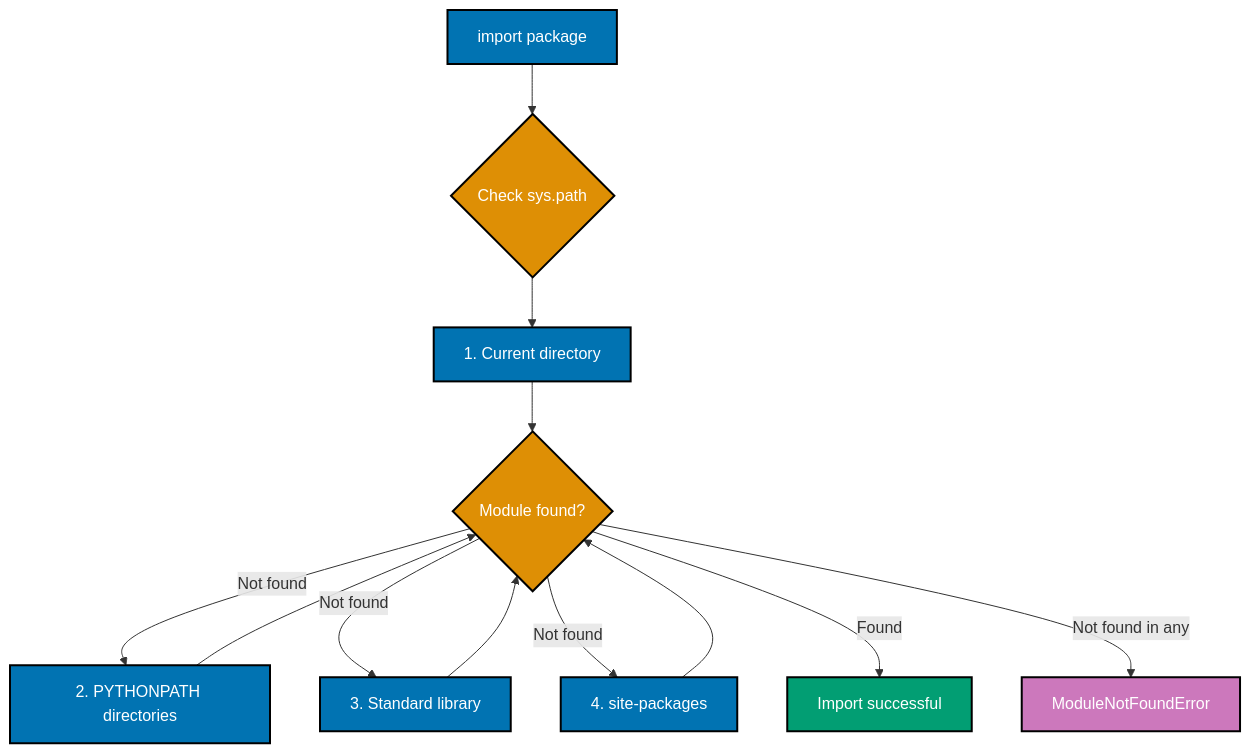
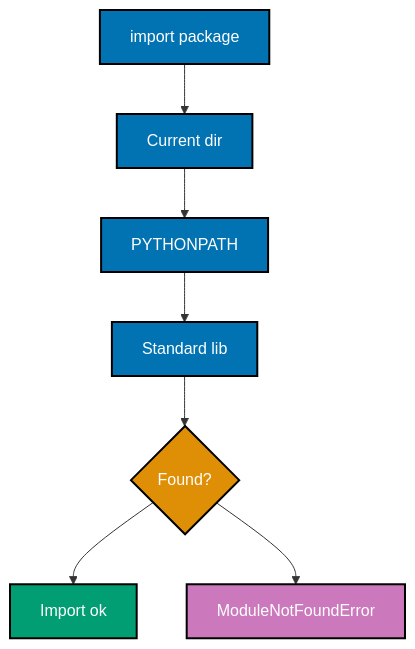
One commit to wahidyankf/ose-primer changed the fifth of 6 diagrams in docs/explanation/software-engineering/programming-languages/python/modules-and-dependencies.md. Above: the diagram before and after it, drawn with Mermaid. The commit also changed other lines of this file and 12 other files, not shown here.

Commit message:
fix(docs): fix mermaid violations in python/ docs (batch 2/10)

````diff
--- a/docs/explanation/software-engineering/programming-languages/python/modules-and-dependencies.md
+++ b/docs/explanation/software-engineering/programming-languages/python/modules-and-dependencies.md
@@ -499,30 +499,15 @@
 ```mermaid
 %% Color Palette: Blue #0173B2, Orange #DE8F05, Teal #029E73, Purple #CC78BC, Brown #CA9161
 graph TD
-  A[import package]:::blue
-  B{Check sys.path}:::orange
-  C[1. Current directory]:::blue
-  D[2. PYTHONPATH directories]:::blue
-  E[3. Standard library]:::blue
-  F[4. site-packages]:::blue
-  G{Module found?}:::orange
-  H[Import successful]:::teal
-  I[ModuleNotFoundError]:::purple
-
-  A --> B
-  B --> C
-  C --> G
-  G -->|Not found| D
-  D --> G
-  G -->|Not found| E
-  E --> G
-  G -->|Not found| F
-  F --> G
-  G -->|Found| H
-  G -->|Not found in any| I
+  A[import package]:::blue --> B[Current dir]:::blue
+  B --> C[PYTHONPATH]:::blue
+  C --> D[Standard lib]:::blue
+  D --> E{Found?}:::orange
+  E --> F[Import ok]:::teal
+  E --> G[ModuleNotFoundError]:::purple
 
   classDef blue fill:#0173B2,stroke:#000000,color:#FFFFFF,stroke-width:2px
   classDef orange fill:#DE8F05,stroke:#000000,color:#FFFFFF,stroke-width:2px
   classDef teal fill:#029E73,stroke:#000000,color:#FFFFFF,stroke-width:2px
   classDef purple fill:#CC78BC,stroke:#000000,color:#FFFFFF,stroke-width:2px
 ```
````
